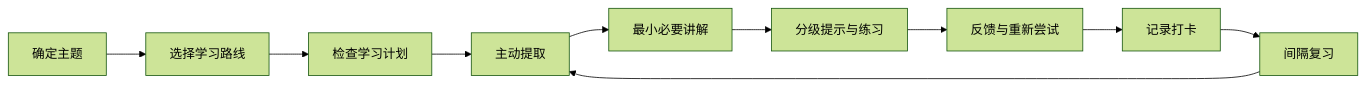
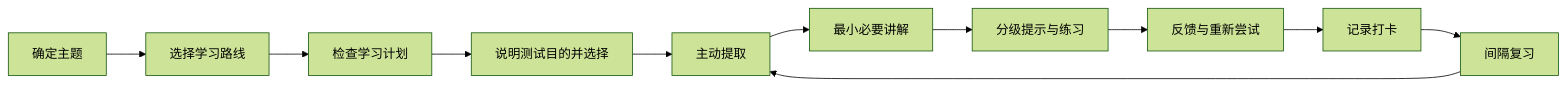
One commit to abram1a/nanami changed the diagram in README.md. Above: the diagram before and after it, drawn with Mermaid (forest theme). The commit also changed other lines of this file and 1 other file, not shown here.

````diff
--- a/README.md
+++ b/README.md
@@ -92,12 +112,13 @@
 ```mermaid
 flowchart LR
     A[确定主题] --> B[选择学习路线]
     B --> C[检查学习计划]
-    C --> D[主动提取]
+    C --> X[说明测试目的并选择]
+    X --> D[主动提取]
     D --> E[最小必要讲解]
     E --> F[分级提示与练习]
     F --> G[反馈与重新尝试]
     G --> H[记录打卡]
     H --> I[间隔复习]
     I --> D
 ```
````
